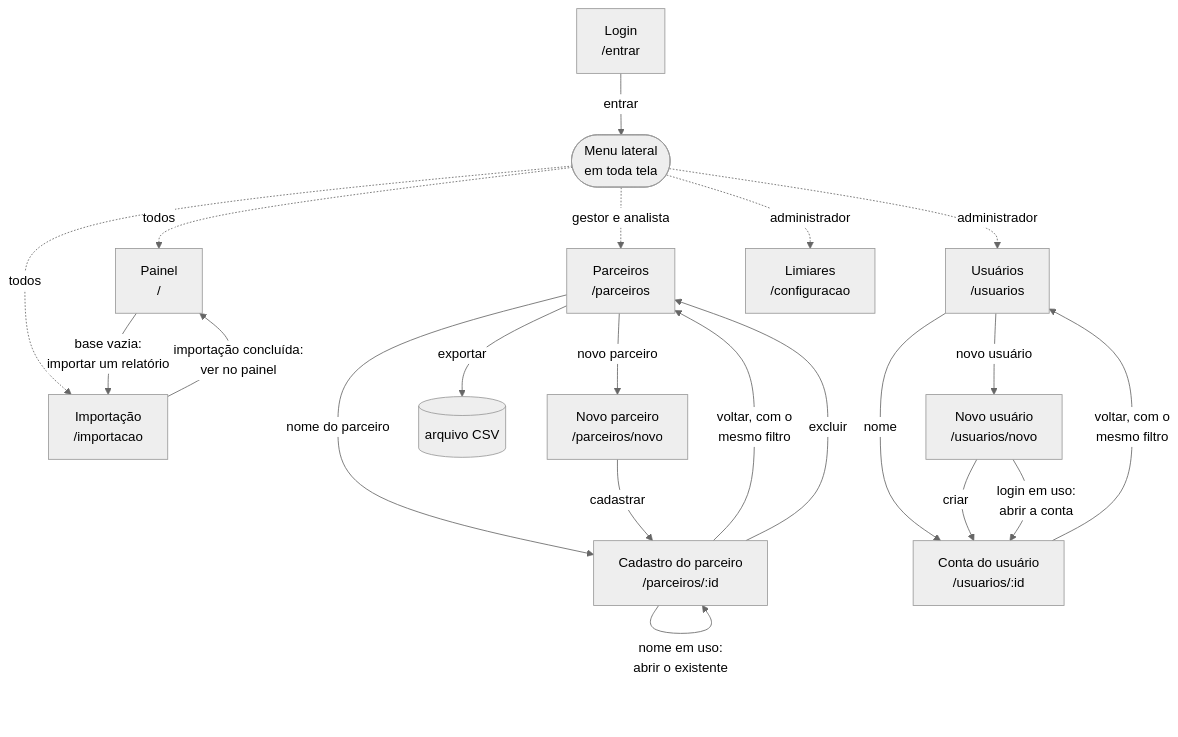
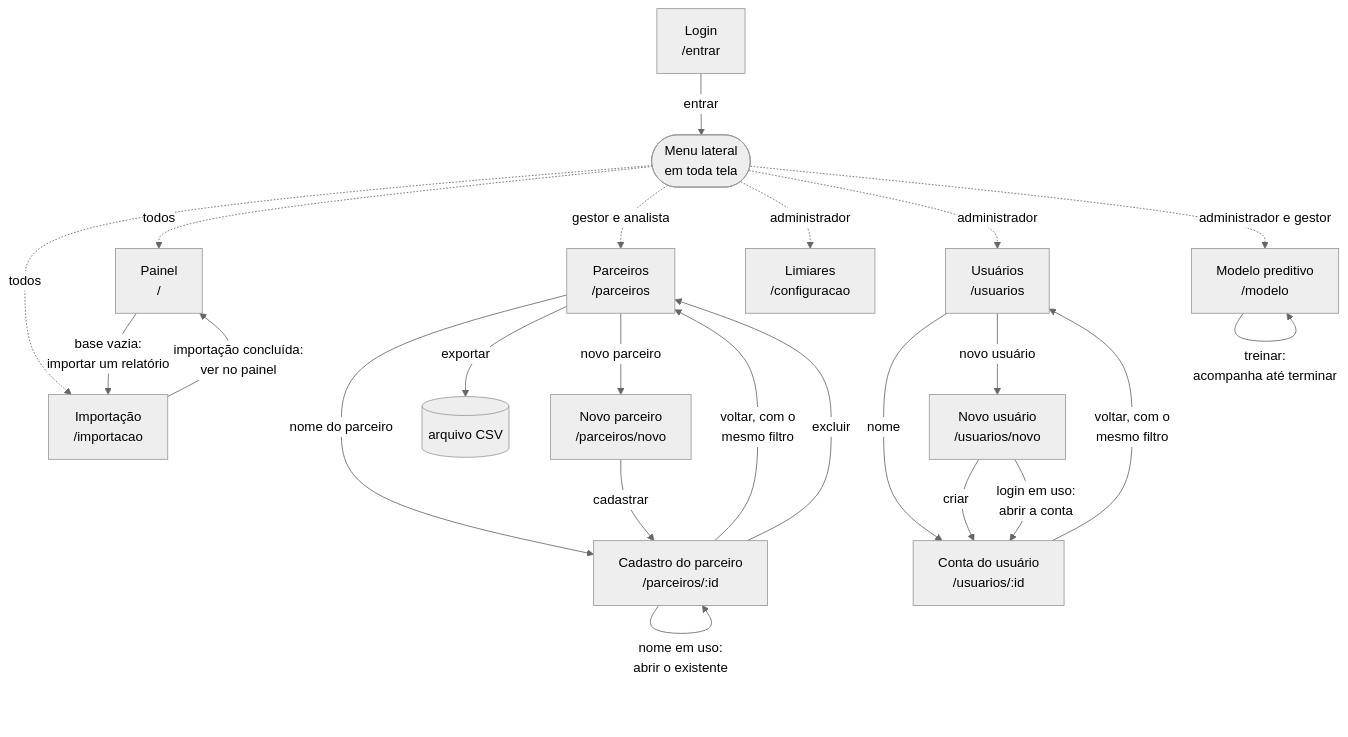
One commit to PedroMiranda243/gih-fabrica-de-software changed the diagram in docs/09-sistema-visual.md. Above: the diagram before and after it, drawn with Mermaid (neutral theme). The commit also changed other lines of this file and 1 other file, not shown here.

First line of the commit message:
docs: a tela do modelo no mapa de navegação e no UC07

````diff
--- a/docs/09-sistema-visual.md
+++ b/docs/09-sistema-visual.md
@@ -193,36 +193,39 @@
 ```mermaid
 flowchart TD
     Login["Login<br/>/entrar"]
     Menu(["Menu lateral<br/>em toda tela"])
     Painel["Painel<br/>/"]
     Importacao["Importação<br/>/importacao"]
     Parceiros["Parceiros<br/>/parceiros"]
     Novo["Novo parceiro<br/>/parceiros/novo"]
     Cadastro["Cadastro do parceiro<br/>/parceiros/:id"]
     CSV[("arquivo CSV")]
     Usuarios["Usuários<br/>/usuarios"]
     NovoUsuario["Novo usuário<br/>/usuarios/novo"]
     Conta["Conta do usuário<br/>/usuarios/:id"]
     Configuracao["Limiares<br/>/configuracao"]
+    Modelo["Modelo preditivo<br/>/modelo"]
 
     Login -- "entrar" --> Menu
     Menu -. "todos" .-> Painel
     Menu -. "todos" .-> Importacao
     Menu -. "gestor e analista" .-> Parceiros
     Menu -. "administrador" .-> Usuarios
     Menu -. "administrador" .-> Configuracao
+    Menu -. "administrador e gestor" .-> Modelo
     Painel -- "base vazia:<br/>importar um relatório" --> Importacao
     Importacao -- "importação concluída:<br/>ver no painel" --> Painel
     Parceiros -- "nome do parceiro" --> Cadastro
     Parceiros -- "novo parceiro" --> Novo
     Parceiros -- "exportar" --> CSV
     Novo -- "cadastrar" --> Cadastro
     Cadastro -- "nome em uso:<br/>abrir o existente" --> Cadastro
     Cadastro -- "voltar, com o<br/>mesmo filtro" --> Parceiros
     Cadastro -- "excluir" --> Parceiros
     Usuarios -- "nome" --> Conta
     Usuarios -- "novo usuário" --> NovoUsuario
     NovoUsuario -- "criar" --> Conta
     NovoUsuario -- "login em uso:<br/>abrir a conta" --> Conta
     Conta -- "voltar, com o<br/>mesmo filtro" --> Usuarios
+    Modelo -- "treinar:<br/>acompanha até terminar" --> Modelo
 ```
````
